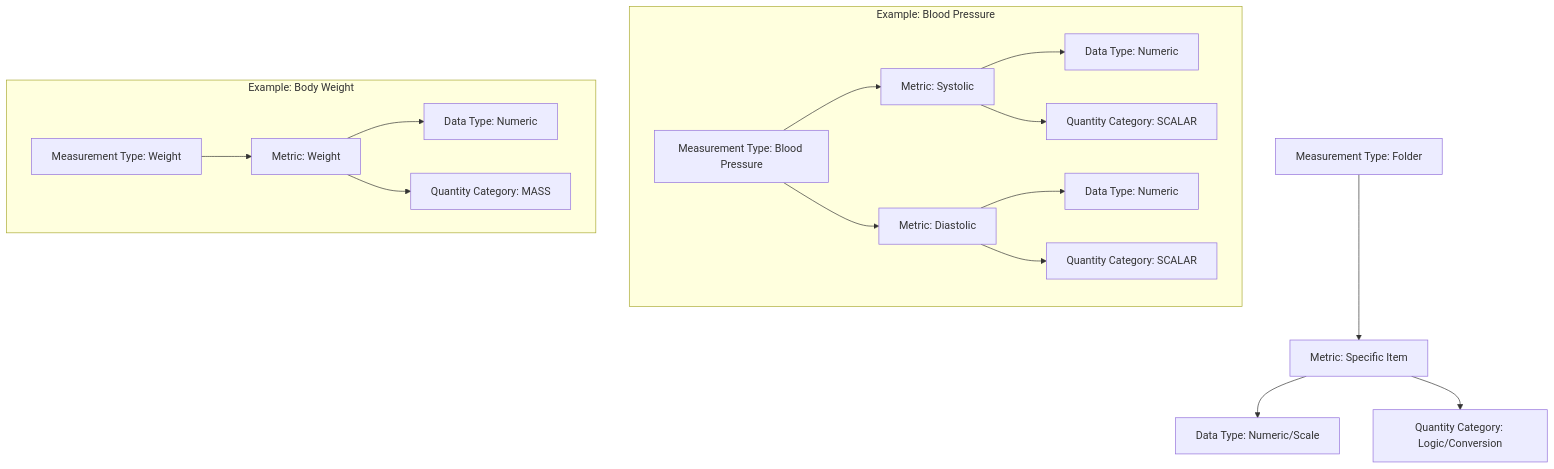
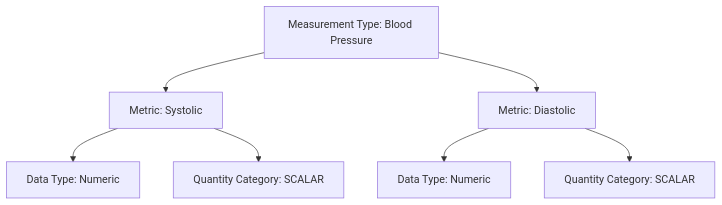
One commit to jtroussard/project-vital-invest-in-yourself changed the second of 3 diagrams in README.md. Above: the diagram before and after it, drawn with Mermaid. The commit also changed other lines of this file, not shown here.

Commit message:
rearranges README diagrams top-down

````diff
--- a/README.md
+++ b/README.md
@@ -61,21 +70,9 @@
 ```mermaid
 graph TD
-    MT[Measurement Type: Folder] --> M[Metric: Specific Item]
-    M --> DT[Data Type: Numeric/Scale]
-    M --> QC[Quantity Category: Logic/Conversion]
-
-    subgraph Example: Blood Pressure
     BP[Measurement Type: Blood Pressure] --> SYS[Metric: Systolic]
     BP --> DIA[Metric: Diastolic]
     SYS --> S_DT[Data Type: Numeric]
     SYS --> S_QC[Quantity Category: SCALAR]
     DIA --> D_DT[Data Type: Numeric]
     DIA --> D_QC[Quantity Category: SCALAR]
-    end
-
-    subgraph Example: Body Weight
-    W_MT[Measurement Type: Weight] --> W_M[Metric: Weight]
-    W_M --> W_DT[Data Type: Numeric]
-    W_M --> W_QC[Quantity Category: MASS]
-    end
 ```
````
